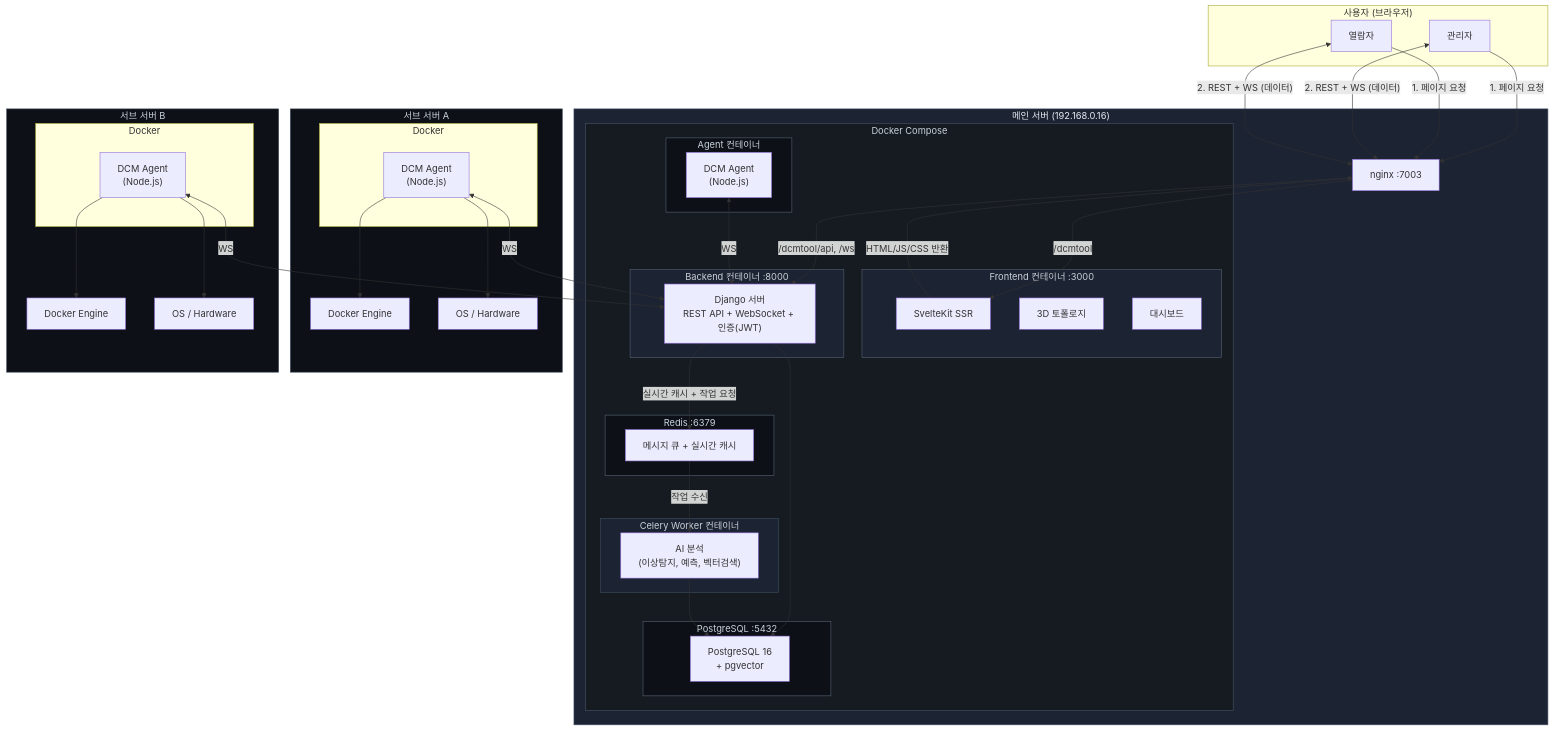
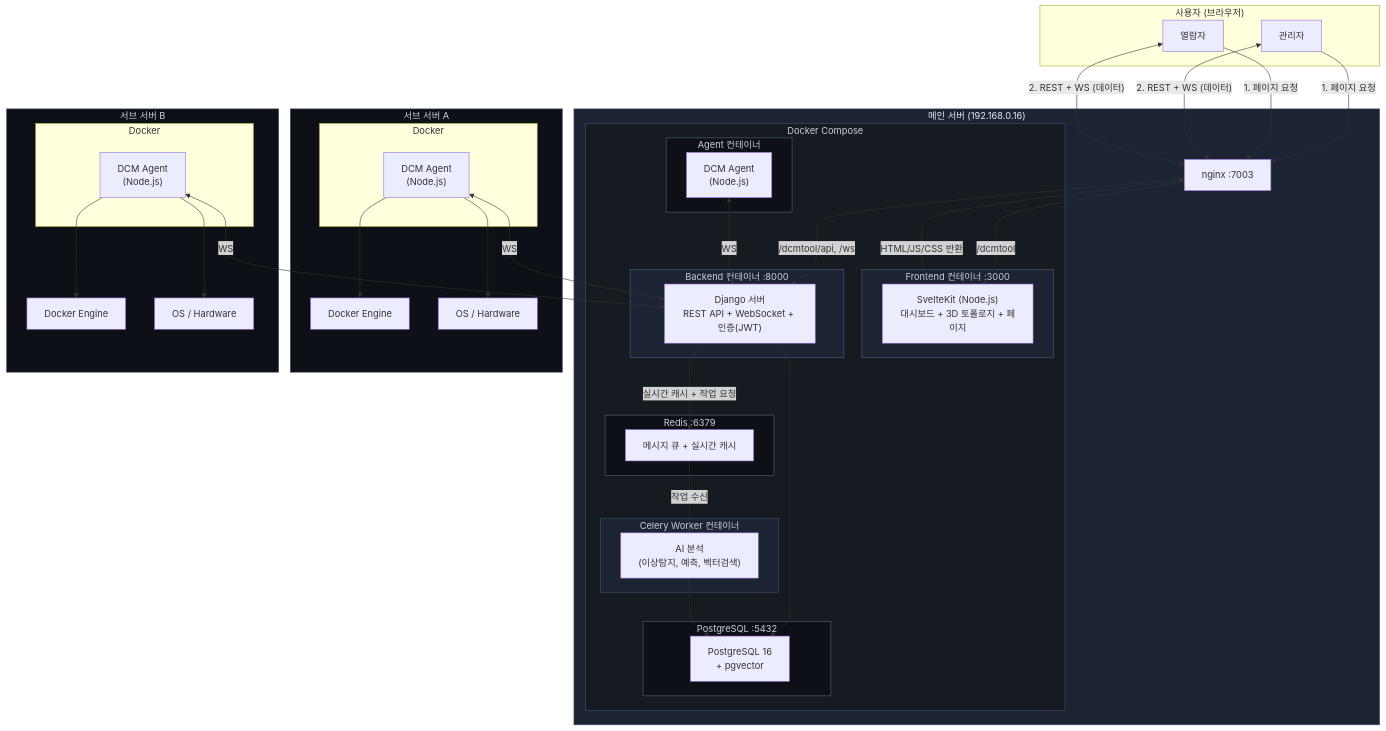
One commit to qkr7287/HyperCube changed the first of 11 diagrams in docs/to-be-architecture.md. Above: the diagram before and after it, drawn with Mermaid.

Commit message:
docs: unify Frontend node in system diagram
Merge SvelteKit/3D/Dashboard into single node - they are all
part of one SvelteKit application running on Node.js.

```diff
--- a/docs/to-be-architecture.md
+++ b/docs/to-be-architecture.md
@@ -28,9 +28,7 @@
 
         subgraph DockerMain["Docker Compose"]
             subgraph FE["Frontend 컨테이너 :3000"]
-                SvelteKit["SvelteKit SSR"]
-                Topo["3D 토폴로지"]
-                Dashboard["대시보드"]
+                SvelteKit["SvelteKit (Node.js)<br/>대시보드 + 3D 토폴로지 + 페이지"]
             end
 
             subgraph BE["Backend 컨테이너 :8000"]
```
